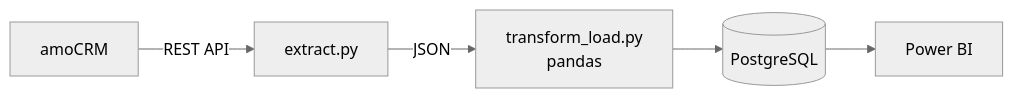
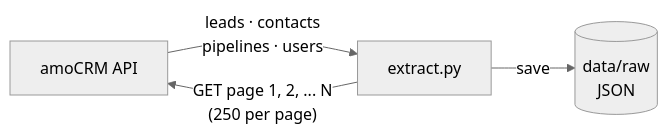
The second of 4 diagrams in README.md (Azizbek0828/amocrm-sales-analytics), drawn with Mermaid (neutral theme) before and after one commit. The commit also changed other lines of this file, not shown here.

Commit message:
Simplify extract diagram

````diff
--- a/README.md
+++ b/README.md
@@ -14,7 +86,6 @@
 ```mermaid
 flowchart LR
-    A[amoCRM] -- REST API --> B[extract.py]
-    B -- JSON --> C[transform_load.py<br/>pandas]
-    C --> D[(PostgreSQL)]
-    D --> E[Power BI]
+    A["amoCRM API"] -- "leads · contacts<br/>pipelines · users" --> B["extract.py"]
+    B -- "GET page 1, 2, ... N<br/>(250 per page)" --> A
+    B -- "save" --> C[("data/raw<br/>JSON")]
 ```
````
